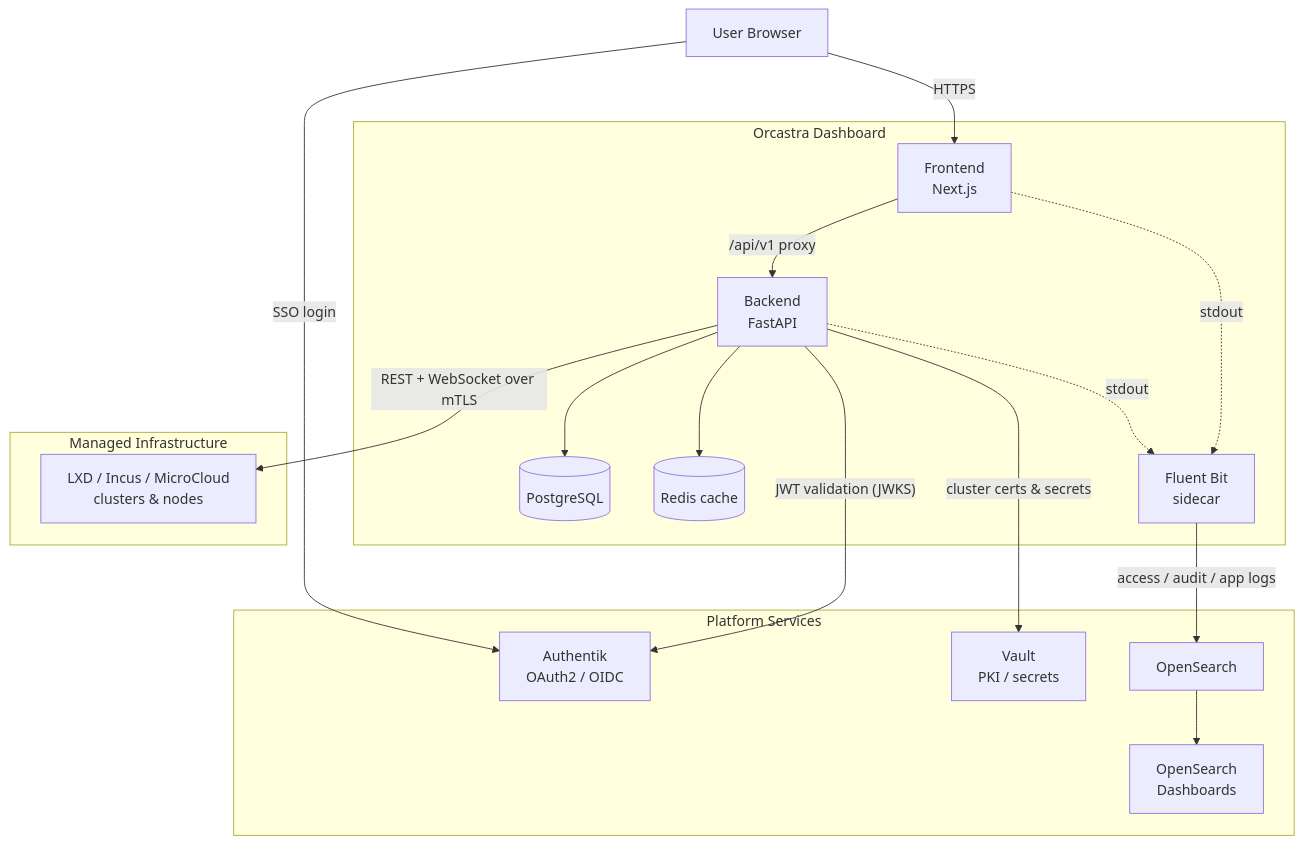
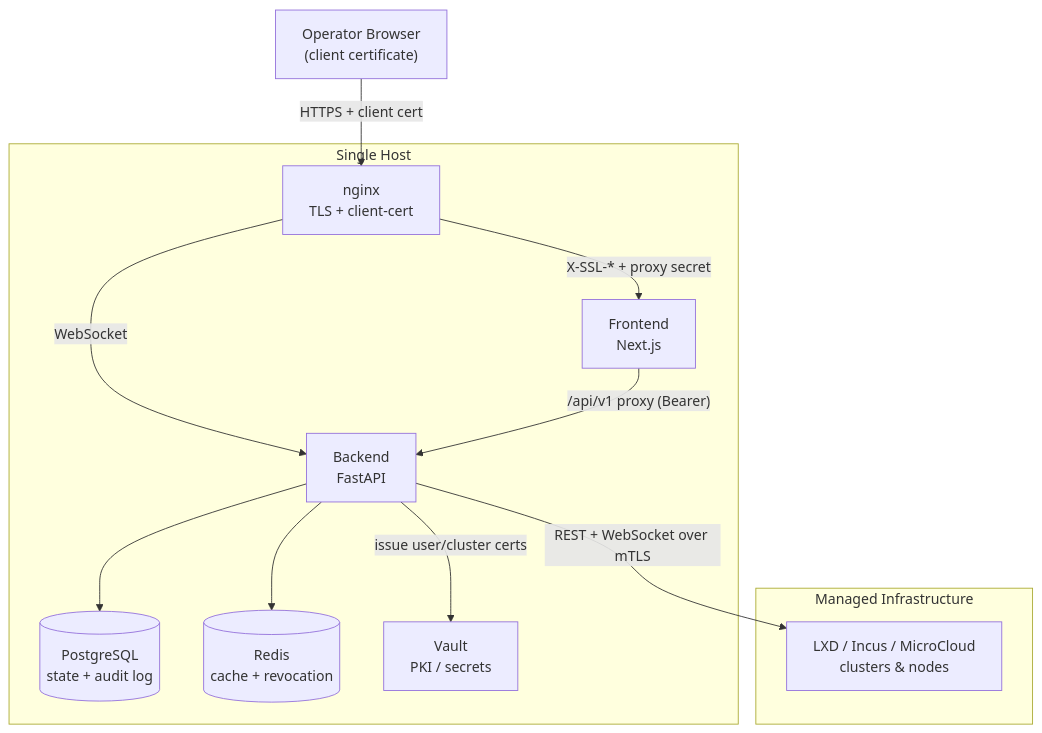
One commit to sctsivali/orcastra-cmp changed the diagram in README.md. Above: the diagram before and after it, drawn with Mermaid. The commit also changed other lines of this file, not shown here.

First line of the commit message:
docs(readme): document the orcastra-mini single-instance deployment

````diff
--- a/README.md
+++ b/README.md
@@ -98,36 +98,26 @@
 ```mermaid
 graph TB
-    U["User Browser"]
+    U["Operator Browser<br/>(client certificate)"]
 
-    subgraph dash["Orcastra Dashboard"]
+    subgraph host["Single Host"]
+        NG["nginx<br/>TLS + client-cert"]
         FE["Frontend<br/>Next.js"]
         BE["Backend<br/>FastAPI"]
-        PG[("PostgreSQL")]
-        RD[("Redis cache")]
-        FB["Fluent Bit<br/>sidecar"]
-    end
-
-    subgraph platform["Platform Services"]
-        AK["Authentik<br/>OAuth2 / OIDC"]
+        PG[("PostgreSQL<br/>state + audit log")]
+        RD[("Redis<br/>cache + revocation")]
         VT["Vault<br/>PKI / secrets"]
-        OS["OpenSearch"]
-        OSD["OpenSearch<br/>Dashboards"]
     end
 
     subgraph managed["Managed Infrastructure"]
         LXD["LXD / Incus / MicroCloud<br/>clusters & nodes"]
     end
 
-    U -->|"HTTPS"| FE
-    U -->|"SSO login"| AK
-    FE -->|"/api/v1 proxy"| BE
+    U -->|"HTTPS + client cert"| NG
+    NG -->|"X-SSL-* + proxy secret"| FE
+    NG -->|"WebSocket"| BE
+    FE -->|"/api/v1 proxy (Bearer)"| BE
     BE --> PG
     BE --> RD
-    BE -->|"JWT validation (JWKS)"| AK
-    BE -->|"cluster certs & secrets"| VT
+    BE -->|"issue user/cluster certs"| VT
     BE -->|"REST + WebSocket over mTLS"| LXD
-    BE -.->|"stdout"| FB
-    FE -.->|"stdout"| FB
-    FB -->|"access / audit / app logs"| OS
-    OS --> OSD
 ```
````
